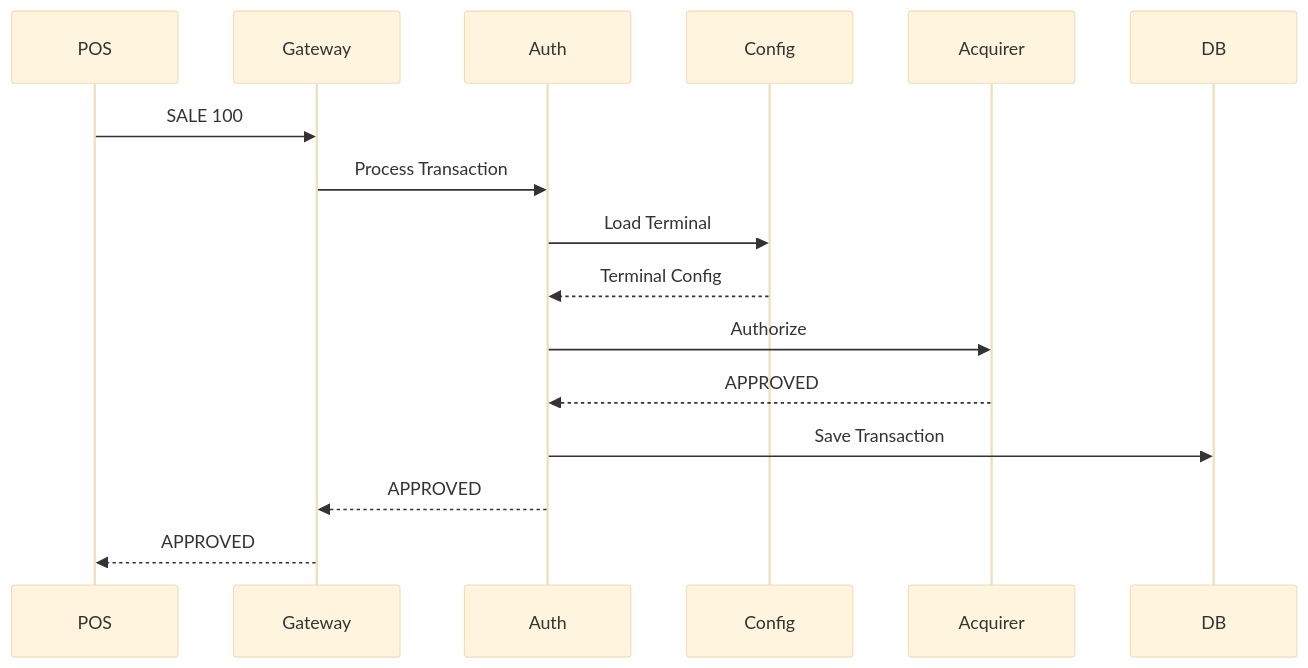
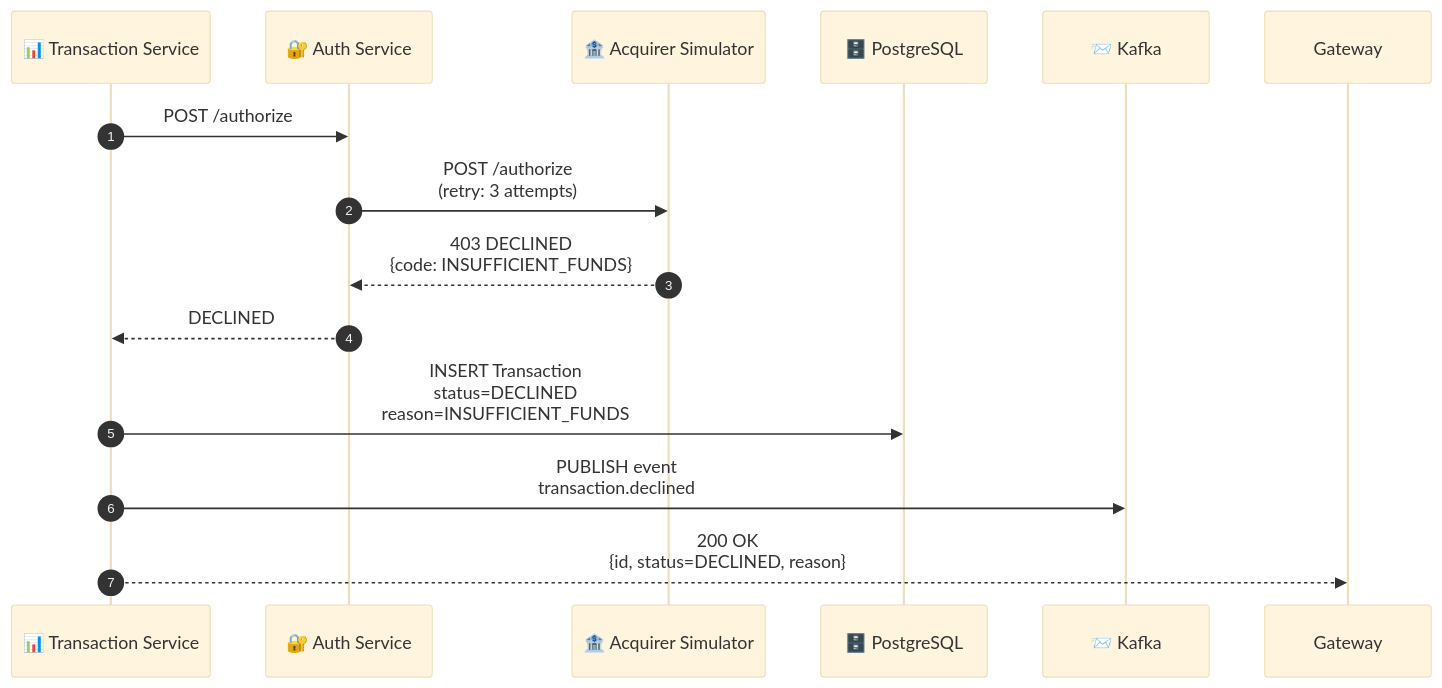
One commit to LucasBrovetto/financial-integration-platform changed the third of 7 diagrams in docs/transaction-flow.md. Above: the diagram before and after it, drawn with Mermaid (base theme). The commit also changed other lines of this file, not shown here.

Commit message:
docs(service): add transaction processing flow diagrams - Add happy path flow (successful authorization) - Add error path with retry logic and circuit breaker - Add transaction status state machine - Add resilience patterns and error codes table

````diff
--- a/docs/transaction-flow.md
+++ b/docs/transaction-flow.md
@@ -3,33 +92,24 @@
 ```mermaid
 sequenceDiagram
+    participant TS as 📊 Transaction Service
+    participant Auth as 🔐 Auth Service
+    participant Acquirer as 🏦 Acquirer Simulator
+    participant DB as 🗄️ PostgreSQL
+    participant Kafka as 📨 Kafka
 
-participant POS
+    autonumber
 
-participant Gateway
-
-participant Auth
-
-participant Config
-
-participant Acquirer
-
-participant DB
-
-POS->>Gateway: SALE 100
-
-Gateway->>Auth: Process Transaction
-
-Auth->>Config: Load Terminal
-
-Config-->>Auth: Terminal Config
-
-Auth->>Acquirer: Authorize
-
-Acquirer-->>Auth: APPROVED
-
-Auth->>DB: Save Transaction
-
-Auth-->>Gateway: APPROVED
-
-Gateway-->>POS: APPROVED
+    TS->>Auth: POST /authorize
+    
+    Auth->>Acquirer: POST /authorize<br/>(retry: 3 attempts)
+    
+    Acquirer-->>Auth: 403 DECLINED<br/>{code: INSUFFICIENT_FUNDS}
+    
+    Auth-->>TS: DECLINED
+    
+    TS->>DB: INSERT Transaction<br/>status=DECLINED<br/>reason=INSUFFICIENT_FUNDS
+    
+    TS->>Kafka: PUBLISH event<br/>transaction.declined
+    
+    TS-->>Gateway: 200 OK<br/>{id, status=DECLINED, reason}
 ```
````
